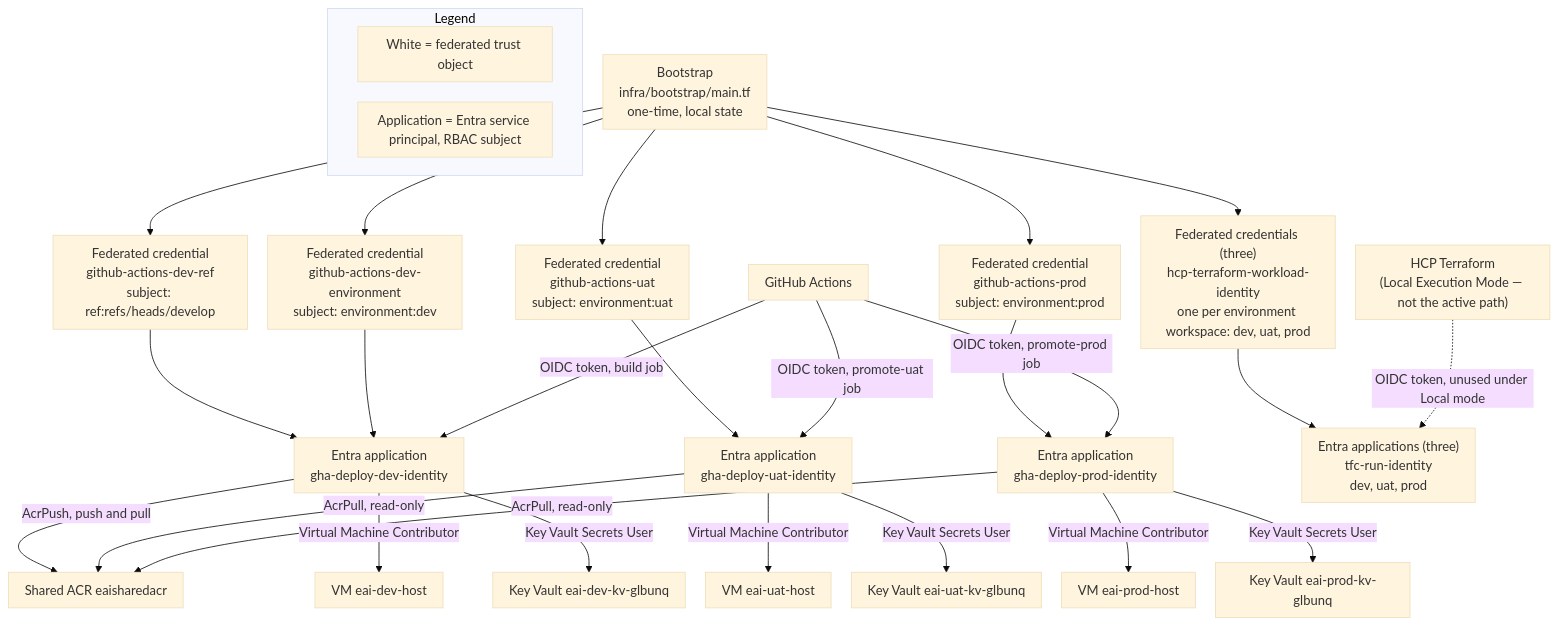
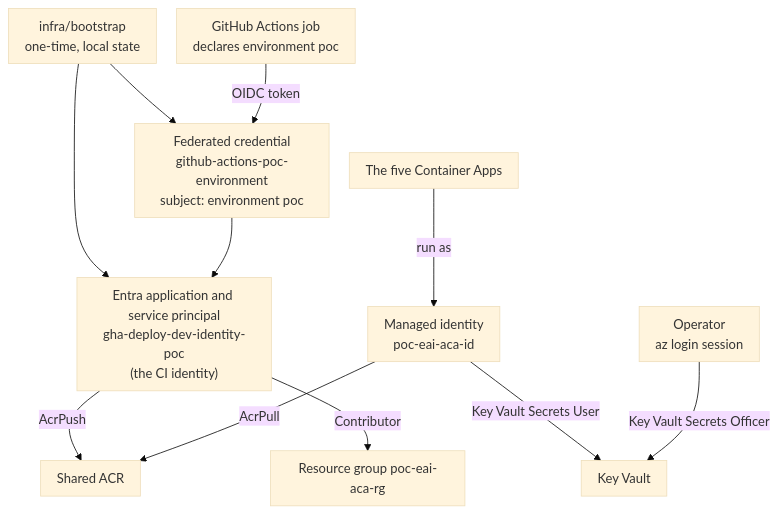
The third of 4 diagrams in docs/INFRA_VIEW_AZURE.md (nikmar0808/eai-azure-poc), drawn with Mermaid before and after one commit. The commit also changed other lines of this file and 2 other files, not shown here.

````diff
--- a/docs/INFRA_VIEW_AZURE.md
+++ b/docs/INFRA_VIEW_AZURE.md
@@ -133,63 +121,26 @@
 ```mermaid
 %%{init: {"theme":"base","themeVariables":{"fontFamily":"Arial","fontSize":"16px"},"flowchart":{"nodeSpacing":25,"rankSpacing":50,"padding":10}}}%%
 flowchart TB
-    BOOT["Bootstrap\ninfra/bootstrap/main.tf\none-time, local state"]
+    BOOT["infra/bootstrap\none-time, local state"]
+    FED["Federated credential\ngithub-actions-poc-environment\nsubject: environment poc"]
+    APP["Entra application and service principal\ngha-deploy-dev-identity-poc\n(the CI identity)"]
+    GH["GitHub Actions job\ndeclares environment poc"]
 
-    GHFEDref["Federated credential\ngithub-actions-dev-ref\nsubject: ref:refs/heads/develop"]
-    GHFEDenv["Federated credential\ngithub-actions-dev-environment\nsubject: environment:dev"]
-    GHAdev["Entra application\ngha-deploy-dev-identity"]
+    ACR["Shared ACR"]
+    RG["Resource group poc-eai-aca-rg"]
+    KV["Key Vault"]
+    MI["Managed identity\npoc-eai-aca-id"]
+    APPS["The five Container Apps"]
+    OP["Operator\naz login session"]
 
-    GHFEDuat["Federated credential\ngithub-actions-uat\nsubject: environment:uat"]
-    GHAuat["Entra application\ngha-deploy-uat-identity"]
-
-    GHFEDprod["Federated credential\ngithub-actions-prod\nsubject: environment:prod"]
-    GHAprod["Entra application\ngha-deploy-prod-identity"]
-
-    TFCFED["Federated credentials (three)\nhcp-terraform-workload-identity\none per environment workspace: dev, uat, prod"]
-    TFCID["Entra applications (three)\ntfc-run-identity\ndev, uat, prod"]
-
-    GHA["GitHub Actions"]
-    TFC["HCP Terraform\n(Local Execution Mode — not the active path)"]
-
-    ACR["Shared ACR eaisharedacr"]
-    VMd["VM eai-dev-host"]
-    VMu["VM eai-uat-host"]
-    VMp["VM eai-prod-host"]
-    KVd["Key Vault eai-dev-kv-glbunq"]
-    KVu["Key Vault eai-uat-kv-glbunq"]
-    KVp["Key Vault eai-prod-kv-glbunq"]
-
-    BOOT --> GHFEDref
-    BOOT --> GHFEDenv
-    BOOT --> GHFEDuat
-    BOOT --> GHFEDprod
-    BOOT --> TFCFED
-
-    GHFEDref --> GHAdev
-    GHFEDenv --> GHAdev
-    GHFEDuat --> GHAuat
-    GHFEDprod --> GHAprod
-    TFCFED --> TFCID
-
-    GHA -->|OIDC token, build job| GHAdev
-    GHA -->|OIDC token, promote-uat job| GHAuat
-    GHA -->|OIDC token, promote-prod job| GHAprod
-    TFC -.OIDC token, unused under Local mode.-> TFCID
-
-    GHAdev -->|AcrPush, push and pull| ACR
-    GHAdev -->|Virtual Machine Contributor| VMd
-    GHAdev -->|Key Vault Secrets User| KVd
-
-    GHAuat -->|AcrPull, read-only| ACR
-    GHAuat -->|Virtual Machine Contributor| VMu
-    GHAuat -->|Key Vault Secrets User| KVu
-
-    GHAprod -->|AcrPull, read-only| ACR
-    GHAprod -->|Virtual Machine Contributor| VMp
-    GHAprod -->|Key Vault Secrets User| KVp
-
-    subgraph LEGEND[Legend]
-        L1["White = federated trust object"]
-        L2["Application = Entra service principal, RBAC subject"]
-    end
+    BOOT --> FED
+    BOOT --> APP
+    FED --> APP
+    GH -->|"OIDC token"| FED
+    APP -->|"AcrPush"| ACR
+    APP -->|"Contributor"| RG
+    MI -->|"AcrPull"| ACR
+    MI -->|"Key Vault Secrets User"| KV
+    APPS -->|"run as"| MI
+    OP -->|"Key Vault Secrets Officer"| KV
 ```
````
